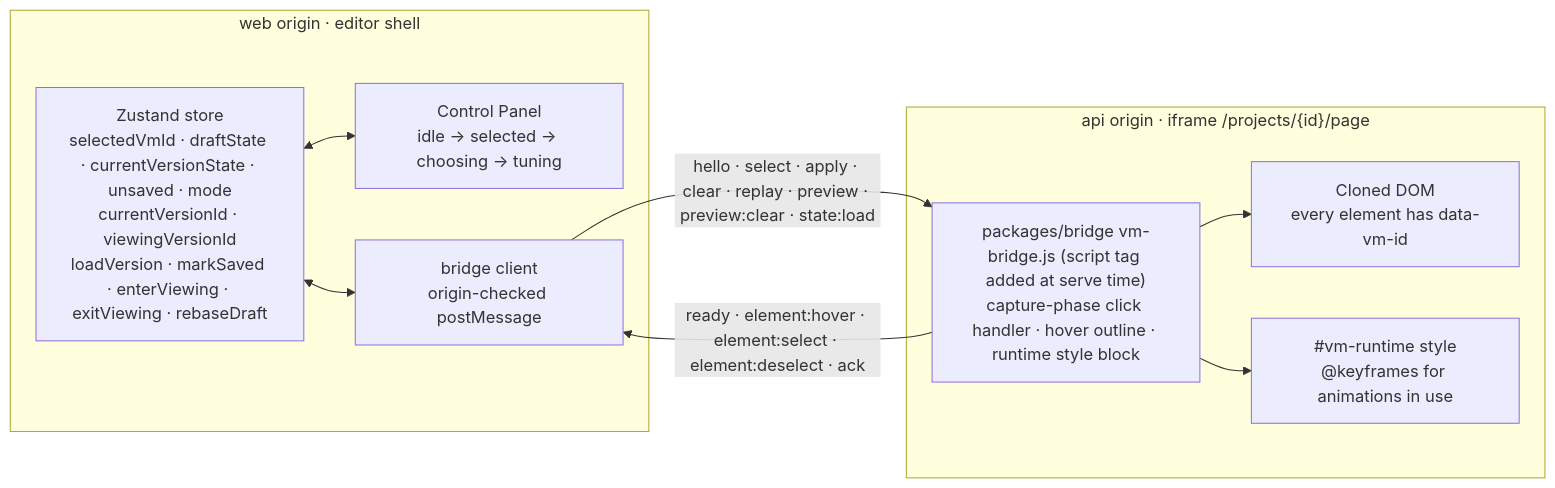
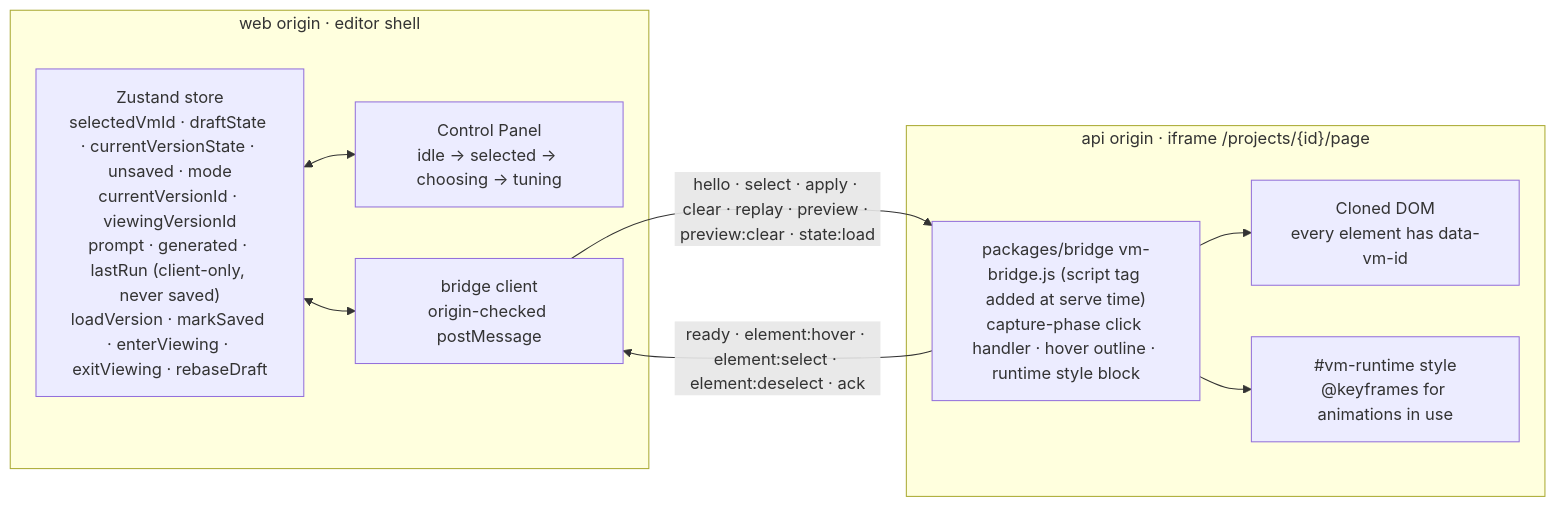
Before and after one commit to ludaxkris/vibe_motion: the seventh of 12 diagrams in docs/architecture.md, drawn with Mermaid. The commit also changed other lines of this file, not shown here.

Commit message:
docs(architecture): the store's client-only agent fields, and what a version load does to them
The §4 store box is the document's one enumeration of the store's fields and
it stopped at Phase 6's, while §3.2 already names `generated` / `lastRun`.
Phase 5 and Phase 6 now sit in the same store, so the box says so — and §3.3
says what a version load does to that provenance, which is where a reader
of the diagram would otherwise have to guess.

````diff
--- a/docs/architecture.md
+++ b/docs/architecture.md
@@ -186,21 +186,21 @@
 ```mermaid
 flowchart LR
   subgraph shell["web origin · editor shell"]
-    store["Zustand store<br/>selectedVmId · draftState · currentVersionState · unsaved · mode<br/>currentVersionId · viewingVersionId<br/>loadVersion · markSaved · enterViewing · exitViewing · rebaseDraft"]
+    store["Zustand store<br/>selectedVmId · draftState · currentVersionState · unsaved · mode<br/>currentVersionId · viewingVersionId<br/>prompt · generated · lastRun (client-only, never saved)<br/>loadVersion · markSaved · enterViewing · exitViewing · rebaseDraft"]
     panel["Control Panel<br/>idle → selected → choosing → tuning"]
     bridgeClient["bridge client<br/>origin-checked postMessage"]
     store <--> panel
     store <--> bridgeClient
   end
 
   subgraph frame["api origin · iframe /projects/{id}/page"]
     bridgeScript["packages/bridge vm-bridge.js (script tag added at serve time)<br/>capture-phase click handler · hover outline · runtime style block"]
     dom["Cloned DOM<br/>every element has data-vm-id"]
     runtime["#vm-runtime style<br/>@keyframes for animations in use"]
     bridgeScript --> dom
     bridgeScript --> runtime
   end
 
   bridgeClient -- "hello · select · apply · clear · replay · preview · preview:clear · state:load" --> bridgeScript
   bridgeScript -- "ready · element:hover · element:select · element:deselect · ack" --> bridgeClient
 ```
````
